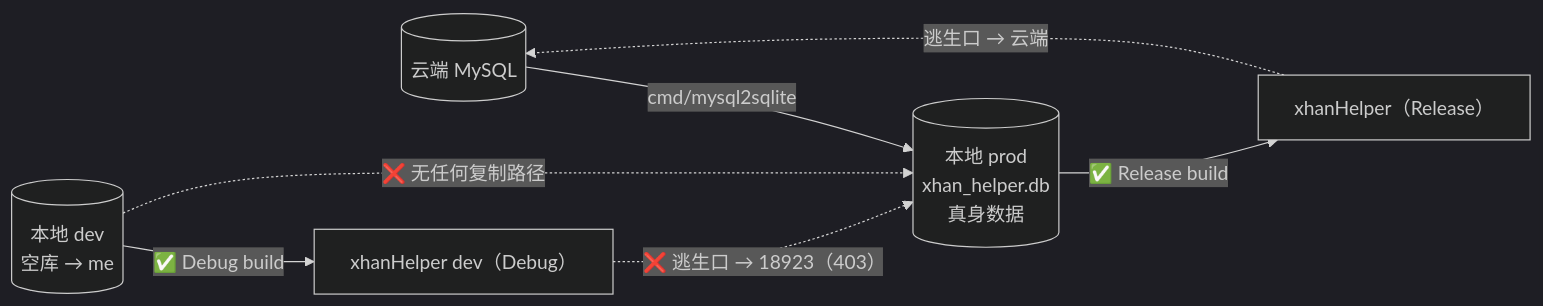
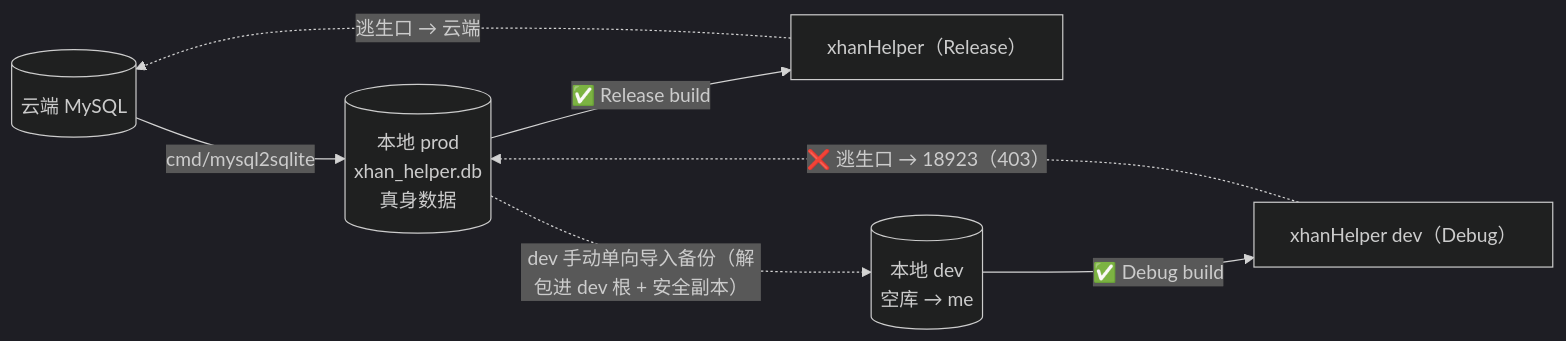
One commit to xHanJiao/xhanHelper changed diagram 11 of 12 in docs/design/local-sqlite/design.md. Above: the diagram before and after it, drawn with Mermaid (dark theme). The commit also changed other lines of this file and 6 other files, not shown here.

First line of the commit message:
feat(local): dev 支持导入 prod 备份 + 清除 dev 数据

````diff
--- a/docs/design/local-sqlite/design.md
+++ b/docs/design/local-sqlite/design.md
@@ -583,9 +583,9 @@
 ```mermaid
 flowchart LR
     CLOUD[("云端 MySQL")] -->|cmd/mysql2sqlite| PROD[("本地 prod<br/>xhan_helper.db<br/>真身数据")]
     PROD -->|"✅ Release build"| PAPP["xhanHelper（Release）"]
     DEV[("本地 dev<br/>空库 → me")] -->|"✅ Debug build"| DAPP["xhanHelper dev（Debug）"]
     PAPP -.->|"逃生口 → 云端"| CLOUD
     DAPP -.->|"❌ 逃生口 → 18923（403）"| PROD
-    DEV -.->|❌ 无任何复制路径| PROD
+    PROD -.->|"dev 手动单向导入备份（解包进 dev 根 + 安全副本）"| DEV
 ```
````
